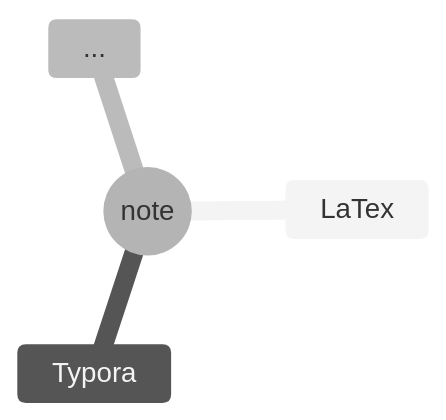
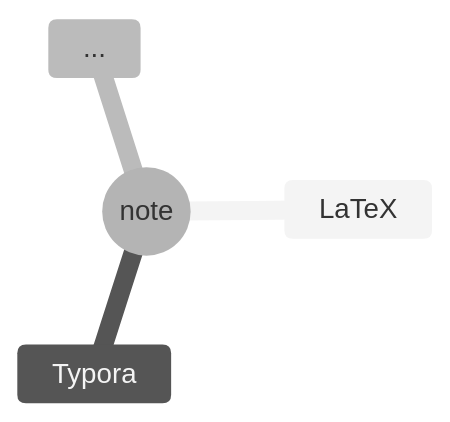
Before and after one commit to 1617110693/note: the diagram in readme.md, drawn with Mermaid (neutral theme). The commit also changed 1 other file, not shown here.

````diff
--- a/readme.md
+++ b/readme.md
@@ -9,7 +9,7 @@
 ```mermaid
 mindmap
 	root((note))
-		LaTex
+		LaTeX
 		Typora
 		...
 ```
````
